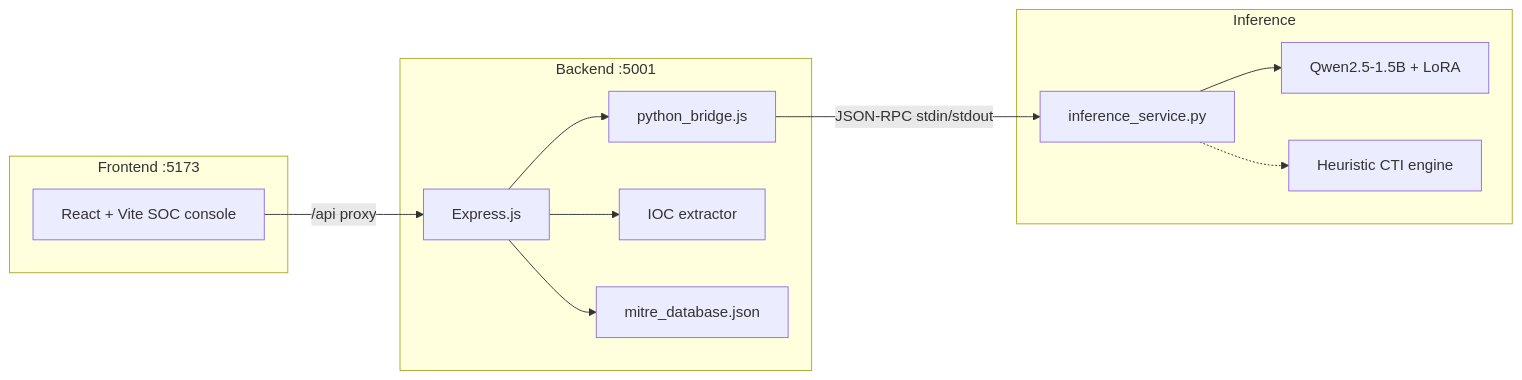
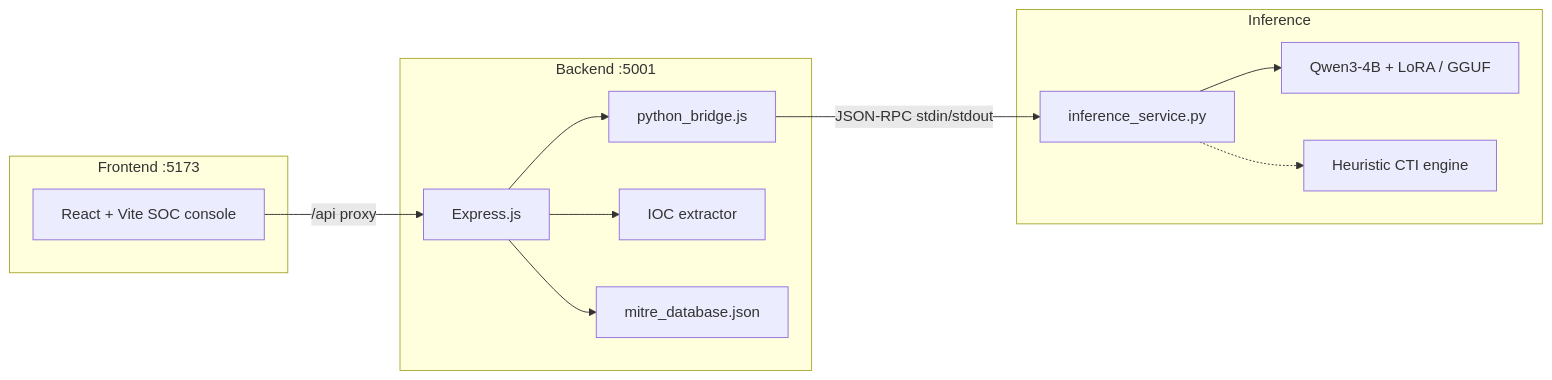
The diagram in README.md (emulsazib/CyberSentinel), drawn with Mermaid before and after one commit. The commit also changed other lines of this file and 24 other files, not shown here.

````diff
--- a/README.md
+++ b/README.md
@@ -31,25 +33,25 @@
 ```mermaid
 flowchart LR
   subgraph ui [Frontend :5173]
     SPA["React + Vite SOC console"]
   end
   subgraph api [Backend :5001]
     EX["Express.js"]
     BR["python_bridge.js"]
     IOC["IOC extractor"]
     MITRE["mitre_database.json"]
   end
   subgraph inf [Inference]
     PY["inference_service.py"]
-    LORA["Qwen2.5-1.5B + LoRA"]
+    LORA["Qwen3-4B + LoRA / GGUF"]
     HEUR["Heuristic CTI engine"]
   end
 
   SPA -->|"/api proxy"| EX
   EX --> BR
   EX --> IOC
   EX --> MITRE
   BR -->|"JSON-RPC stdin/stdout"| PY
   PY --> LORA
   PY -.-> HEUR
 ```
````
